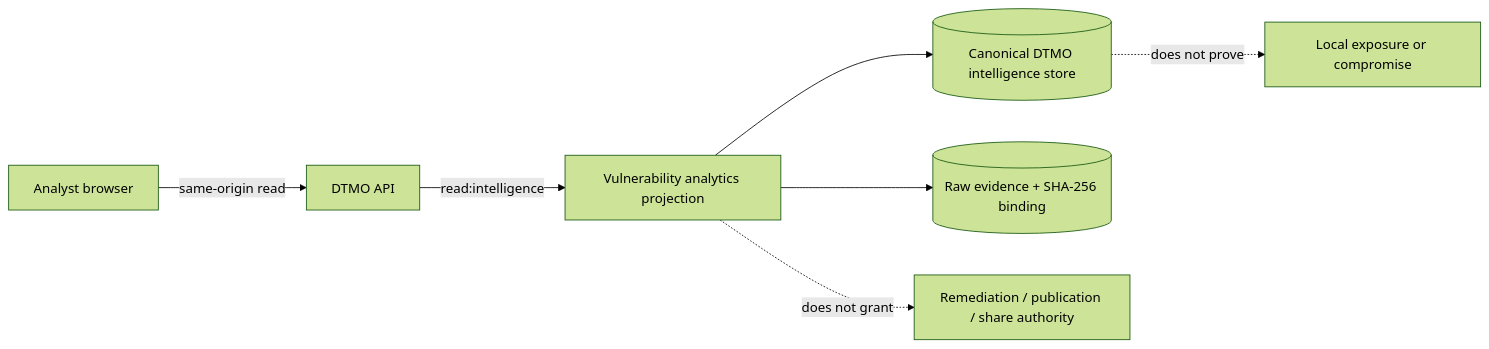
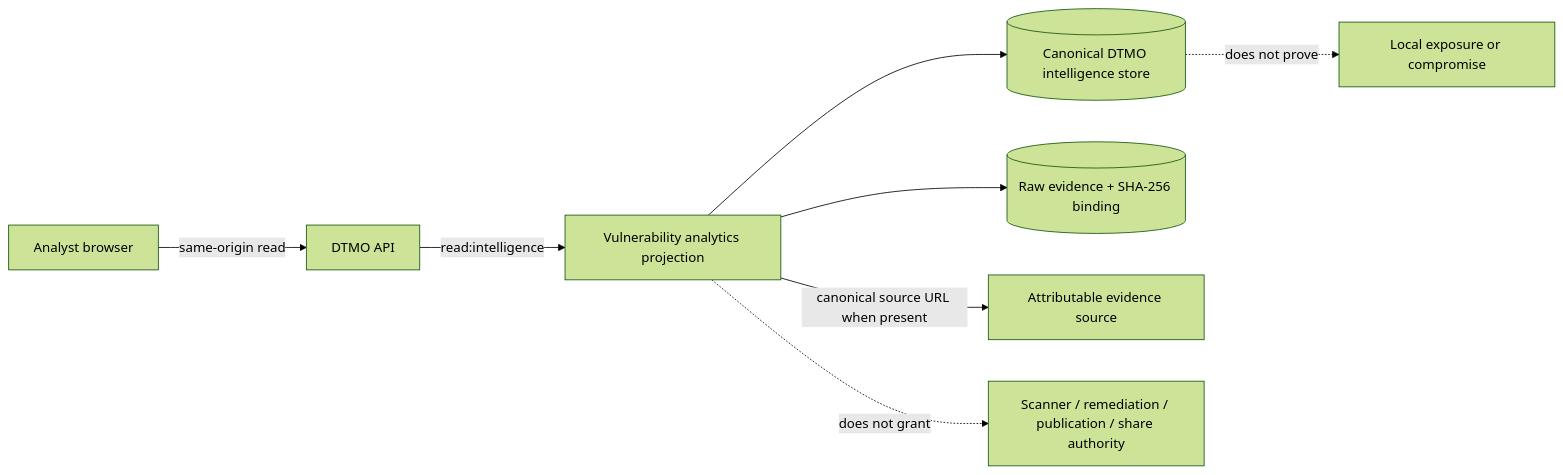
The diagram in docs/user/VULNERABILITY_EXPOSURE_WORKSPACE.md (GJvManen/dtmo), drawn with Mermaid (forest theme) before and after one commit. The commit also changed other lines of this file, not shown here.

````diff
--- a/docs/user/VULNERABILITY_EXPOSURE_WORKSPACE.md
+++ b/docs/user/VULNERABILITY_EXPOSURE_WORKSPACE.md
@@ -43,10 +53,11 @@
 ```mermaid
 flowchart LR
   U[Analyst browser] -->|same-origin read| A[DTMO API]
   A -->|read:intelligence| V[Vulnerability analytics projection]
   V --> C[(Canonical DTMO intelligence store)]
   V --> R[(Raw evidence + SHA-256 binding)]
+  V -->|canonical source URL when present| P[Attributable evidence source]
 
   C -. does not prove .-> E[Local exposure or compromise]
-  V -. does not grant .-> M[Remediation / publication / share authority]
+  V -. does not grant .-> M[Scanner / remediation / publication / share authority]
 ```
````
